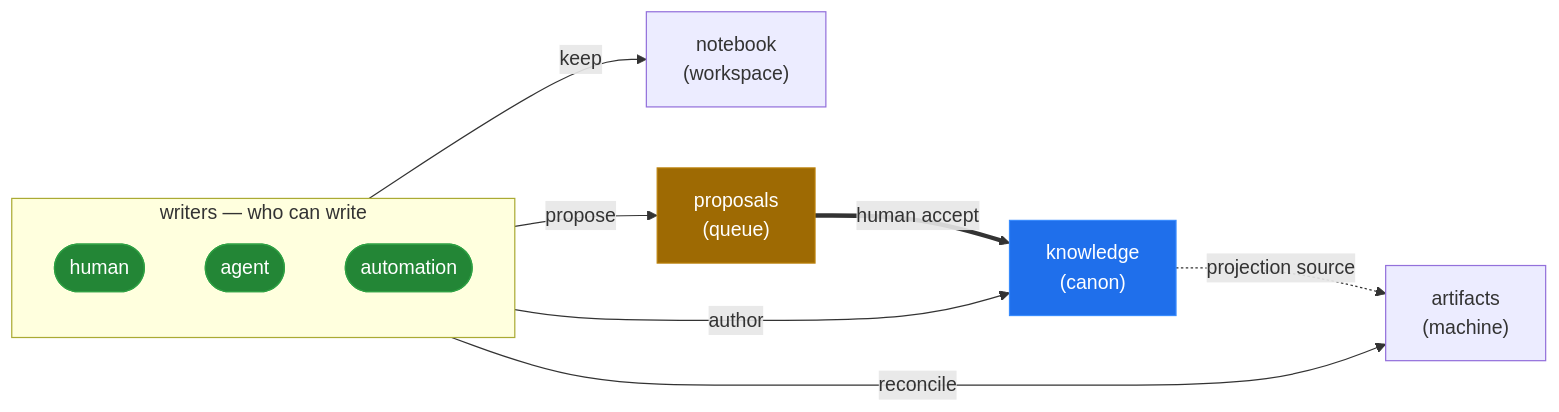
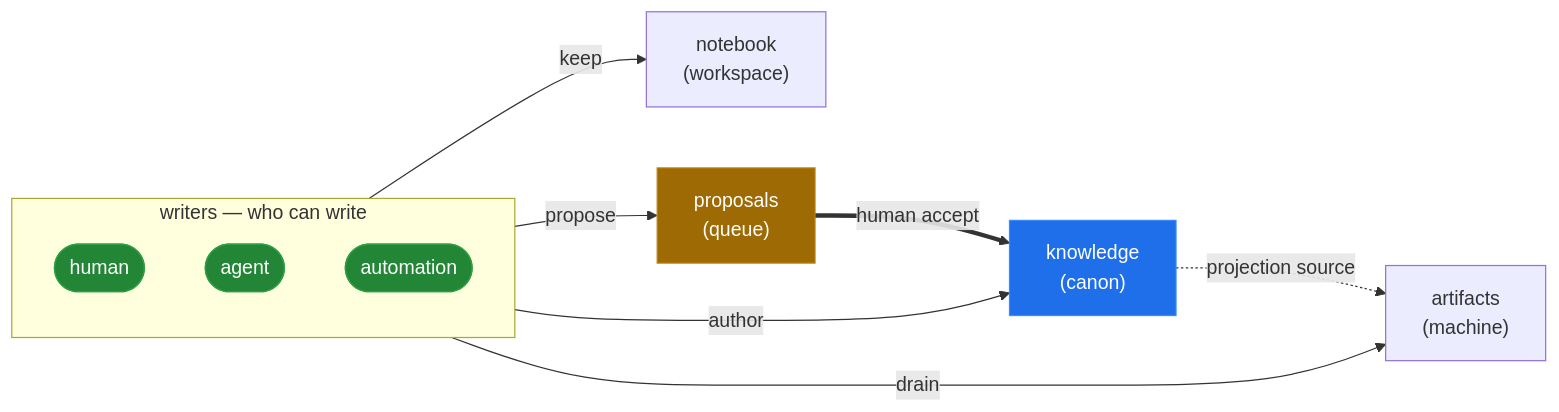
One commit to patrick204nqh/textus changed the diagram in .textus/zones/knowledge/readme.md. Above: the diagram before and after it, drawn with Mermaid. The commit also changed other lines of this file and 35 other files, not shown here.

First line of the commit message:
docs(queue): complete reconcile→drain rename in canon docs + templates

````diff
--- a/.textus/zones/knowledge/readme.md
+++ b/.textus/zones/knowledge/readme.md
@@ -29,24 +29,24 @@
 ```mermaid
 flowchart LR
     subgraph writers["writers — who can write"]
         direction TB
         human(["human"])
         agent(["agent"])
         automation(["automation"])
     end
 
     human -->|author| knowledge["knowledge<br/>(canon)"]
     agent -->|keep| notebook["notebook<br/>(workspace)"]
     agent -->|propose| proposals["proposals<br/>(queue)"]
-    automation -->|reconcile| artifacts["artifacts<br/>(machine)"]
+    automation -->|drain| artifacts["artifacts<br/>(machine)"]
 
     proposals ==>|human accept| knowledge
     knowledge -.->|projection source| artifacts
 
     classDef actor fill:#238636,stroke:#2ea043,color:#fff;
     classDef gate fill:#9e6a03,stroke:#bb8009,color:#fff;
     classDef anchor fill:#1f6feb,stroke:#388bfd,color:#fff;
     class human,agent,automation actor;
     class proposals gate;
     class knowledge anchor;
 ```
````
